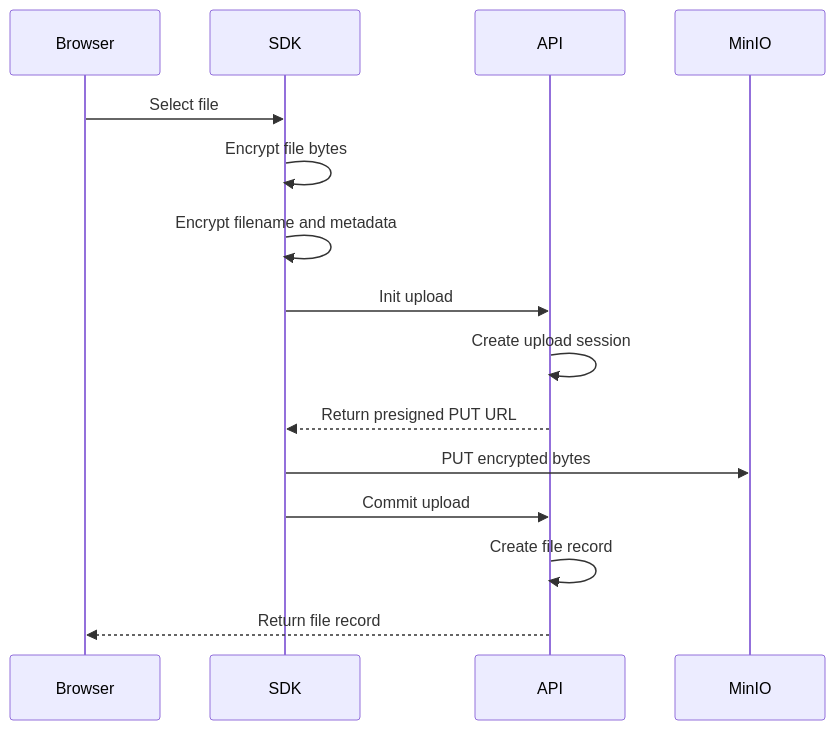
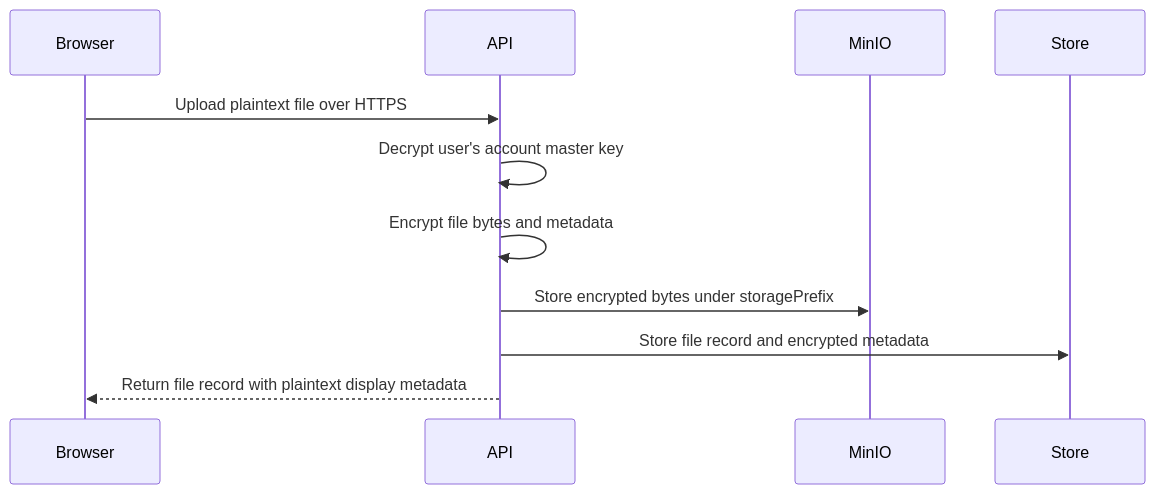
The second of 5 diagrams in docs/flows/storage-and-encryption.md (sk03167/frorage), drawn with Mermaid before and after one commit. The commit also changed other lines of this file and 22 other files, not shown here.

Commit message:
moving to admin owned flow

````diff
--- a/docs/flows/storage-and-encryption.md
+++ b/docs/flows/storage-and-encryption.md
@@ -57,18 +45,14 @@
 ```mermaid
 sequenceDiagram
   participant Browser
-  participant SDK
   participant API
   participant MinIO
+  participant Store
 
-  Browser->>SDK: Select file
-  SDK->>SDK: Encrypt file bytes
-  SDK->>SDK: Encrypt filename and metadata
-  SDK->>API: Init upload
-  API->>API: Create upload session
-  API-->>SDK: Return presigned PUT URL
-  SDK->>MinIO: PUT encrypted bytes
-  SDK->>API: Commit upload
-  API->>API: Create file record
-  API-->>Browser: Return file record
+  Browser->>API: Upload plaintext file over HTTPS
+  API->>API: Decrypt user's account master key
+  API->>API: Encrypt file bytes and metadata
+  API->>MinIO: Store encrypted bytes under storagePrefix
+  API->>Store: Store file record and encrypted metadata
+  API-->>Browser: Return file record with plaintext display metadata
 ```
````
